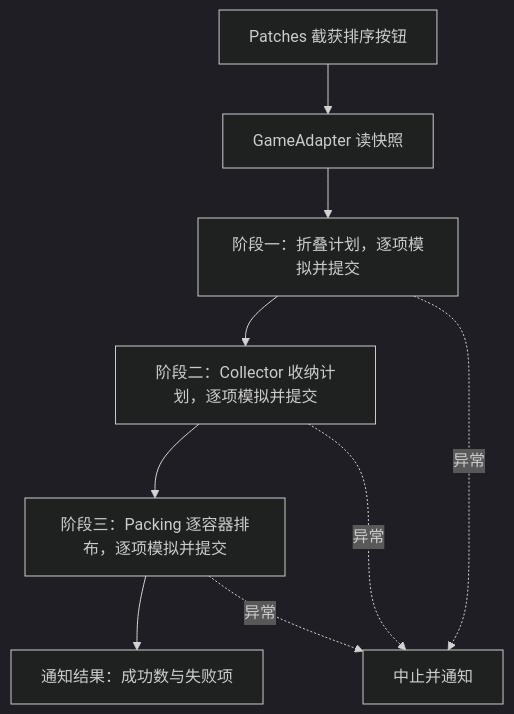
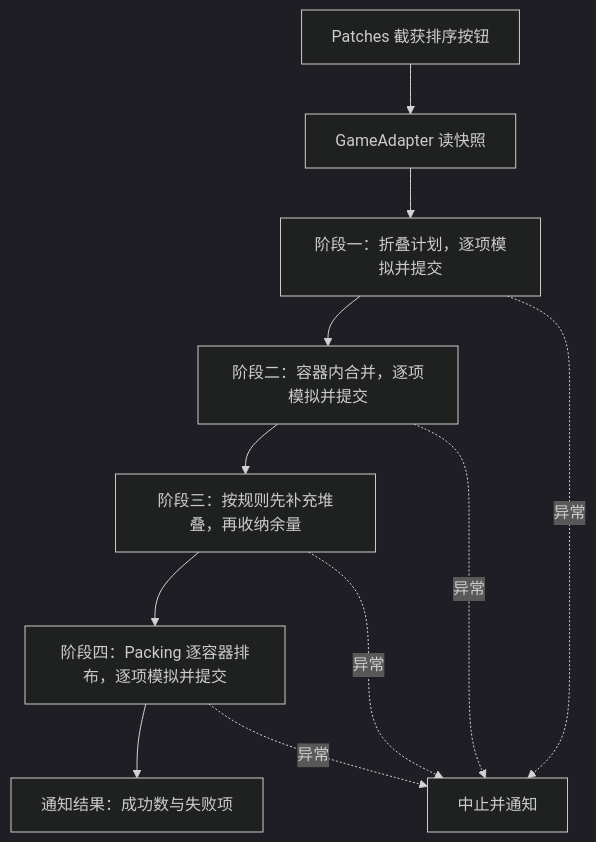
Before and after one commit to ChouUn/spt-inventory-organizer: the second of 2 diagrams in docs/arch.md, drawn with Mermaid (dark theme). The commit also changed other lines of this file and 15 other files, not shown here.

````diff
--- a/docs/arch.md
+++ b/docs/arch.md
@@ -87,11 +90,13 @@
 ```mermaid
 flowchart TB
     Click[Patches 截获排序按钮] --> Snap[GameAdapter 读快照]
     Snap --> Fold[阶段一：折叠计划，逐项模拟并提交]
-    Fold --> Collect[阶段二：Collector 收纳计划，逐项模拟并提交]
-    Collect --> Pack[阶段三：Packing 逐容器排布，逐项模拟并提交]
+    Fold --> Merge[阶段二：容器内合并，逐项模拟并提交]
+    Merge --> Collect[阶段三：按规则先补充堆叠，再收纳余量]
+    Collect --> Pack[阶段四：Packing 逐容器排布，逐项模拟并提交]
     Pack --> Notify[通知结果：成功数与失败项]
     Fold -. 异常 .-> Abort[中止并通知]
+    Merge -. 异常 .-> Abort
     Collect -. 异常 .-> Abort
     Pack -. 异常 .-> Abort
 ```
````
